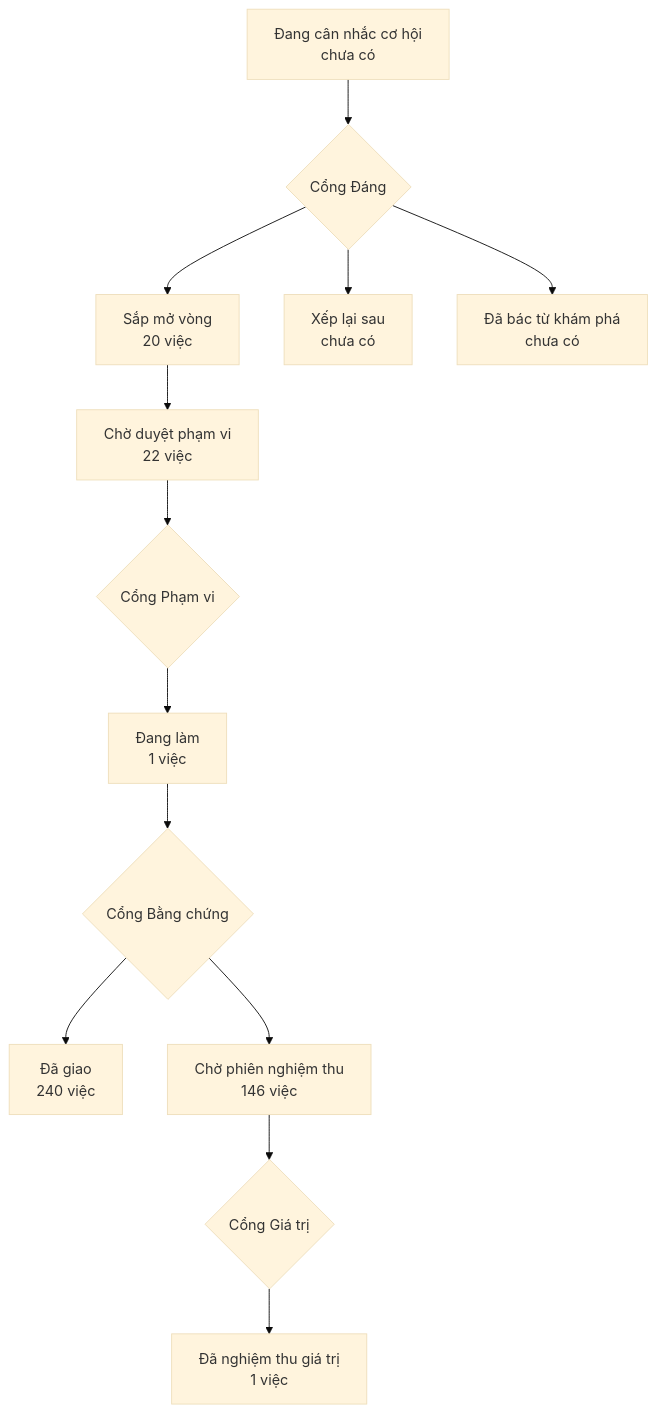
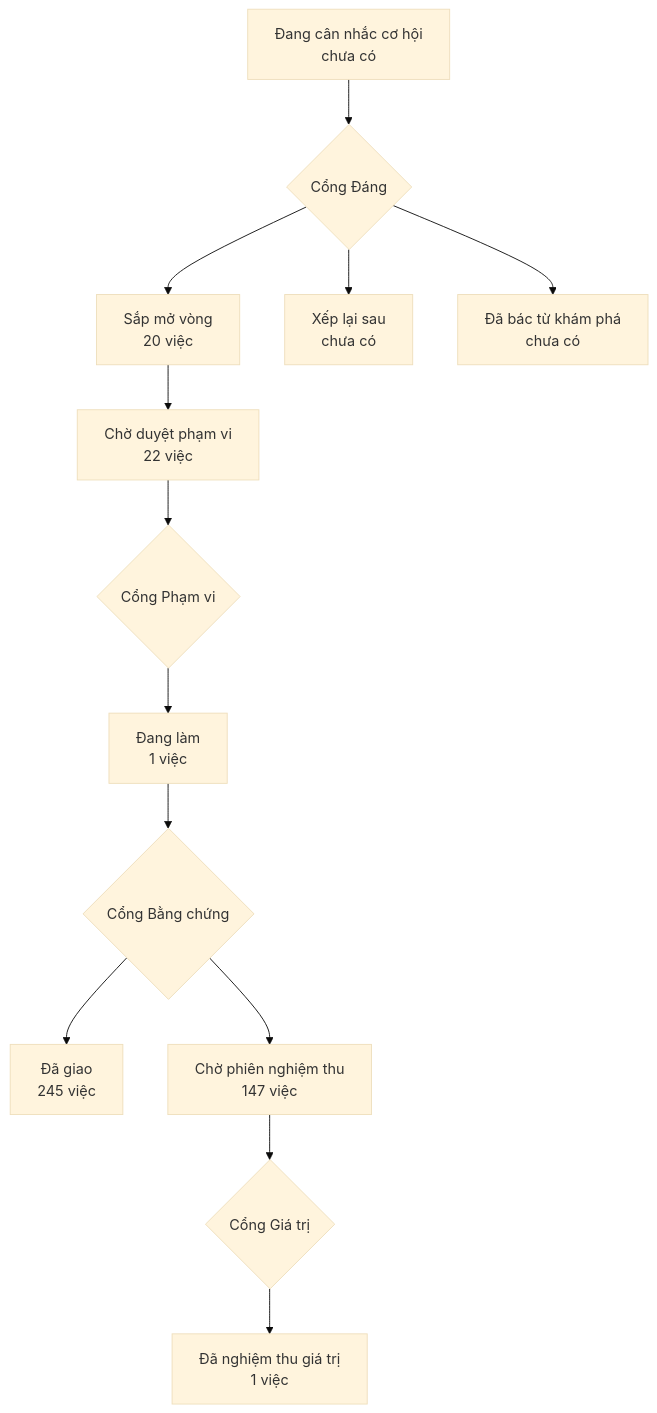
Before and after one commit to phanlemanh/onehub-invest: the diagram in PRODUCT-MAP.md, drawn with Mermaid (base theme). The commit also changed other lines of this file and 2 other files, not shown here.

````diff
--- a/PRODUCT-MAP.md
+++ b/PRODUCT-MAP.md
@@ -7,12 +7,12 @@
 ```mermaid
 flowchart TD
   A["Đang cân nhắc cơ hội<br/>chưa có"] --> GD{"Cổng Đáng"}
   GD --> B["Sắp mở vòng<br/>20 việc"]
   GD --> XL["Xếp lại sau<br/>chưa có"]
   GD --> DB["Đã bác từ khám phá<br/>chưa có"]
   B --> CD["Chờ duyệt phạm vi<br/>22 việc"] --> GP{"Cổng Phạm vi"}
   GP --> DL["Đang làm<br/>1 việc"] --> GB{"Cổng Bằng chứng"}
-  GB --> DG["Đã giao<br/>240 việc"]
-  GB --> CN["Chờ phiên nghiệm thu<br/>146 việc"] --> GG{"Cổng Giá trị"}
+  GB --> DG["Đã giao<br/>245 việc"]
+  GB --> CN["Chờ phiên nghiệm thu<br/>147 việc"] --> GG{"Cổng Giá trị"}
   GG --> NT["Đã nghiệm thu giá trị<br/>1 việc"]
 ```
````
